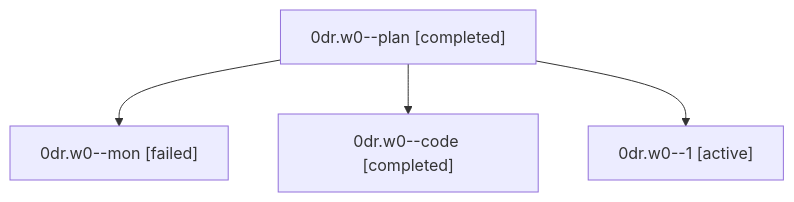
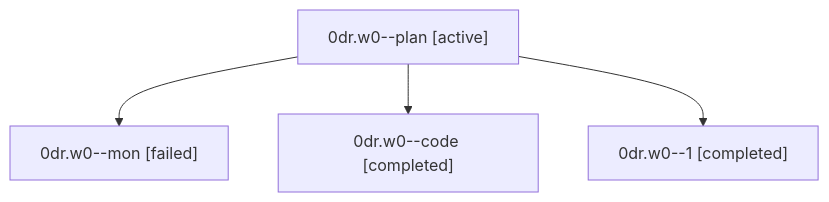
Before and after one commit to sase-org/sase--agents: the diagram in families/bbugyi200.athena.0dr.w0.md, drawn with Mermaid. The commit also changed other lines of this file and 35830 other files, not shown here.

````diff
--- a/families/bbugyi200.athena.0dr.w0.md
+++ b/families/bbugyi200.athena.0dr.w0.md
@@ -9,10 +9,10 @@
 ```mermaid
 flowchart TD
-  n0["0dr.w0--plan [completed]"]
+  n0["0dr.w0--plan [active]"]
   n1["0dr.w0--mon [failed]"]
   n0 --> n1
   n2["0dr.w0--code [completed]"]
   n0 --> n2
-  n3["0dr.w0--1 [active]"]
+  n3["0dr.w0--1 [completed]"]
   n0 --> n3
 ```
````
